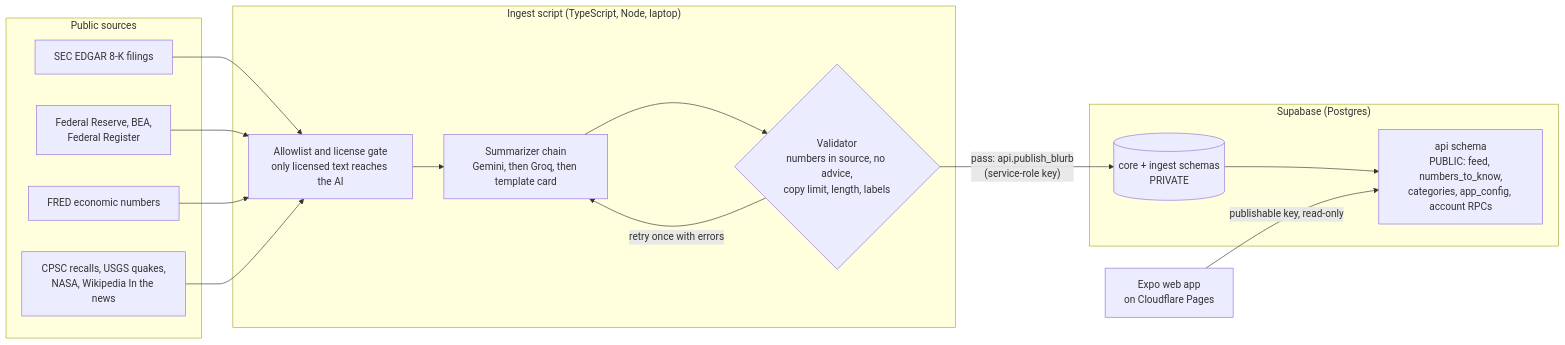
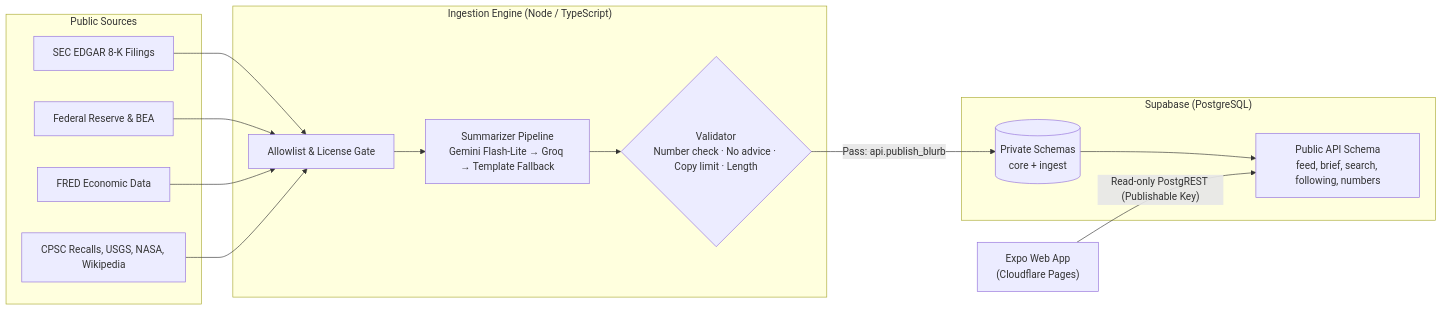
Before and after one commit to AndrewPatton27/element: the diagram in README.md, drawn with Mermaid. The commit also changed other lines of this file, not shown here.

Commit message:
README: judge-facing rewrite with Brief, Search, Following and ranking

````diff
--- a/README.md
+++ b/README.md
@@ -40,32 +61,28 @@
 ```mermaid
 flowchart LR
-  subgraph SRC["Public sources"]
-    S1["SEC EDGAR 8-K filings"]
-    S2["Federal Reserve, BEA,<br/>Federal Register"]
-    S3["FRED economic numbers"]
-    S4["CPSC recalls, USGS quakes,<br/>NASA, Wikipedia In the news"]
+  subgraph PublicSources["Public Sources"]
+    S1["SEC EDGAR 8-K Filings"]
+    S2["Federal Reserve & BEA"]
+    S3["FRED Economic Data"]
+    S4["CPSC Recalls, USGS, NASA, Wikipedia"]
   end
 
-  subgraph ING["Ingest script (TypeScript, Node, laptop)"]
-    GATE["Allowlist and license gate<br/>only licensed text reaches the AI"]
-    AI["Summarizer chain<br/>Gemini, then Groq, then template card"]
-    VAL{"Validator<br/>numbers in source, no advice,<br/>copy limit, length, labels"}
+  subgraph Ingestion["Ingestion Engine (Node / TypeScript)"]
+    GATE["Allowlist & License Gate"]
+    AI["Summarizer Pipeline<br/>Gemini Flash-Lite → Groq → Template Fallback"]
+    VAL{"Validator<br/>Number check · No advice · Copy limit · Length"}
   end
 
-  subgraph SB["Supabase (Postgres)"]
-    CORE[("core + ingest schemas<br/>PRIVATE")]
-    API["api schema<br/>PUBLIC: feed, numbers_to_know,<br/>categories, app_config, account RPCs"]
+  subgraph Database["Supabase (PostgreSQL)"]
+    CORE[("Private Schemas<br/>core + ingest")]
+    API["Public API Schema<br/>feed, brief, search, following, numbers"]
   end
 
-  APP["Expo web app<br/>on Cloudflare Pages"]
+  APP["Expo Web App<br/>(Cloudflare Pages)"]
 
-  S1 --> GATE
-  S2 --> GATE
-  S3 --> GATE
-  S4 --> GATE
+  S1 & S2 & S3 & S4 --> GATE
   GATE --> AI --> VAL
-  VAL -- "retry once with errors" --> AI
-  VAL -- "pass: api.publish_blurb<br/>(service-role key)" --> CORE
+  VAL -- "Pass: api.publish_blurb" --> CORE
   CORE --> API
-  APP -- "publishable key, read-only" --> API
+  APP -- "Read-only PostgREST (Publishable Key)" --> API
 ```
````
